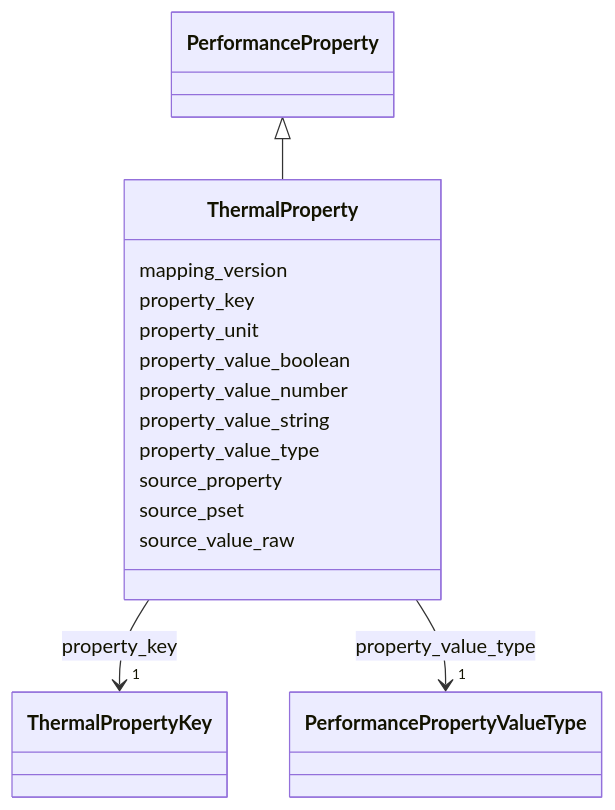
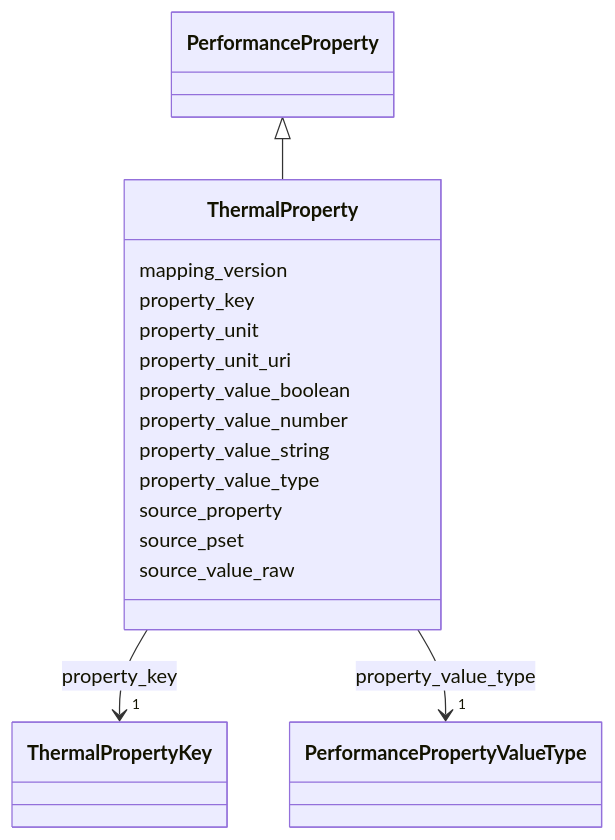
Before and after one commit to simondilhas/pragmatic-bim-data-contract: the diagram in latest/schema/ThermalProperty.md, drawn with Mermaid. The commit also changed other lines of this file and 1314 other files, not shown here.

````diff
--- a/latest/schema/ThermalProperty.md
+++ b/latest/schema/ThermalProperty.md
@@ -18,47 +23,49 @@
 ```mermaid
  classDiagram
     class ThermalProperty
     click ThermalProperty href "../ThermalProperty/"
       PerformanceProperty <|-- ThermalProperty
         click PerformanceProperty href "../PerformanceProperty/"
       
       ThermalProperty : mapping_version
         
       ThermalProperty : property_key
         
           
     
         
         
         ThermalProperty --> "1" ThermalPropertyKey : property_key
         click ThermalPropertyKey href "../ThermalPropertyKey/"
     
 
         
       ThermalProperty : property_unit
+        
+      ThermalProperty : property_unit_uri
         
       ThermalProperty : property_value_boolean
         
       ThermalProperty : property_value_number
         
       ThermalProperty : property_value_string
         
       ThermalProperty : property_value_type
         
           
     
         
         
         ThermalProperty --> "1" PerformancePropertyValueType : property_value_type
         click PerformancePropertyValueType href "../PerformancePropertyValueType/"
     
 
         
       ThermalProperty : source_property
         
       ThermalProperty : source_pset
         
       ThermalProperty : source_value_raw
         
       
 ```
````
